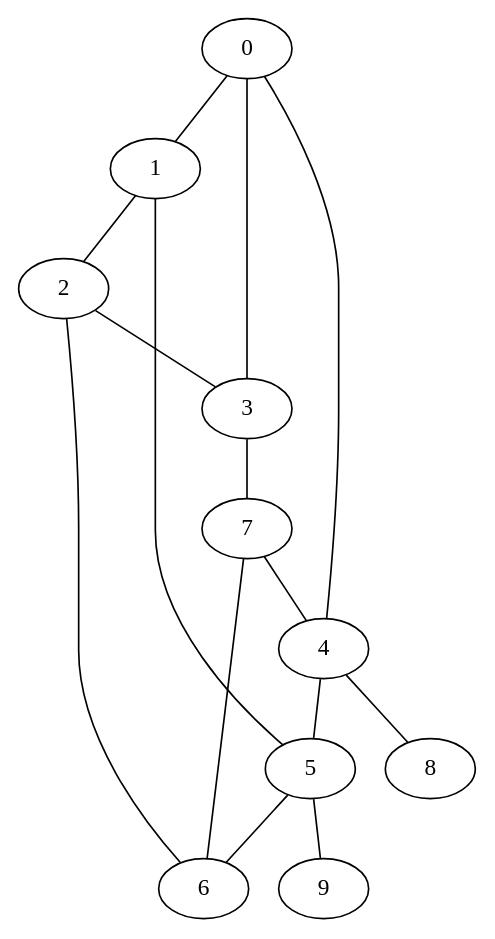
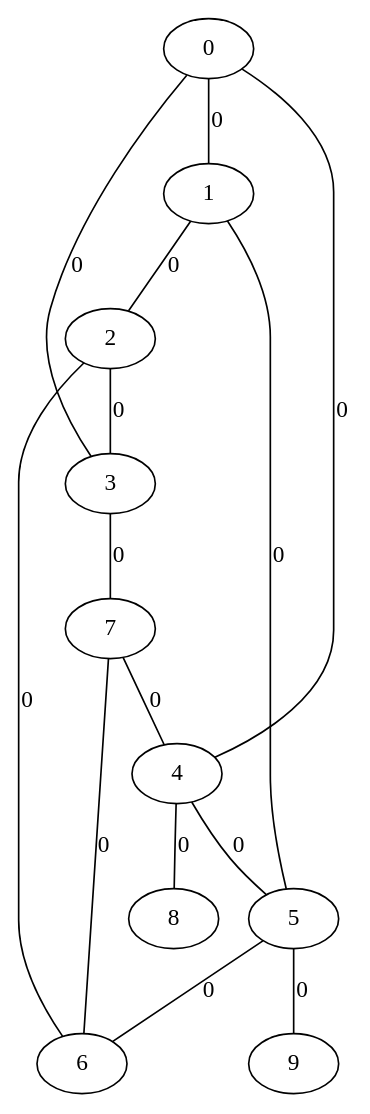
The diagram in test_force.dot (hugomoura10/DataVisualization), drawn with Graphviz before and after one commit. The commit also changed 8 other files, not shown here.

```diff
--- a/test_force.dot
+++ b/test_force.dot
@@ -1,26 +1,26 @@
 graph G {
 0;
 1;
 2;
 3;
 4;
 5;
 6;
 7;
 8;
 9;
-0 -- 1;
-1 -- 2;
-2 -- 3;
-3 -- 0;
-0 -- 4;
-1 -- 5;
-2 -- 6;
-3 -- 7;
-4 -- 5;
-5 -- 6;
-6 -- 7;
-7 -- 4;
-4 -- 8;
-5 -- 9;
+0 -- 1  [label=0];
+1 -- 2  [label=0];
+2 -- 3  [label=0];
+3 -- 0  [label=0];
+0 -- 4  [label=0];
+1 -- 5  [label=0];
+2 -- 6  [label=0];
+3 -- 7  [label=0];
+4 -- 5  [label=0];
+5 -- 6  [label=0];
+6 -- 7  [label=0];
+7 -- 4  [label=0];
+4 -- 8  [label=0];
+5 -- 9  [label=0];
 }
```
